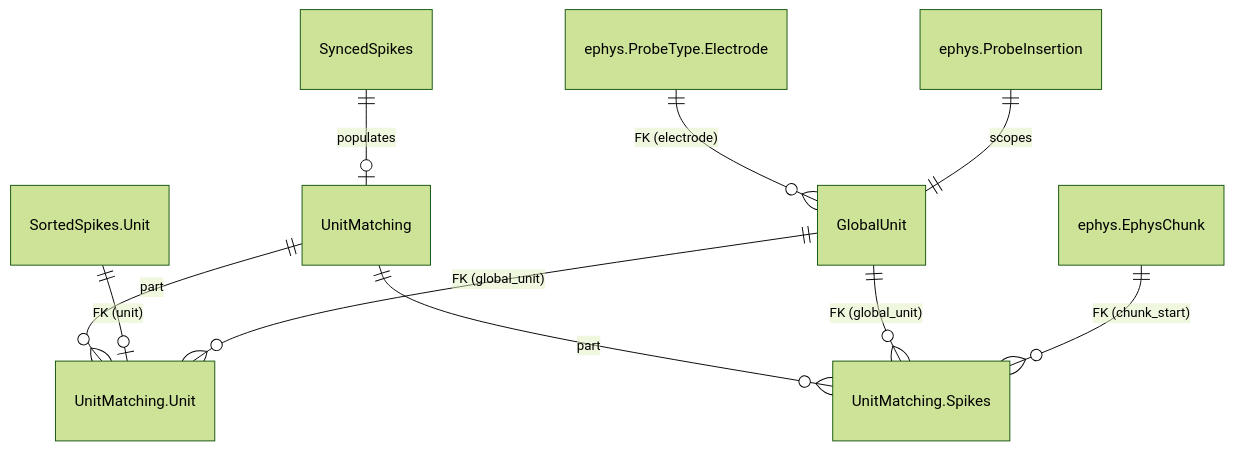
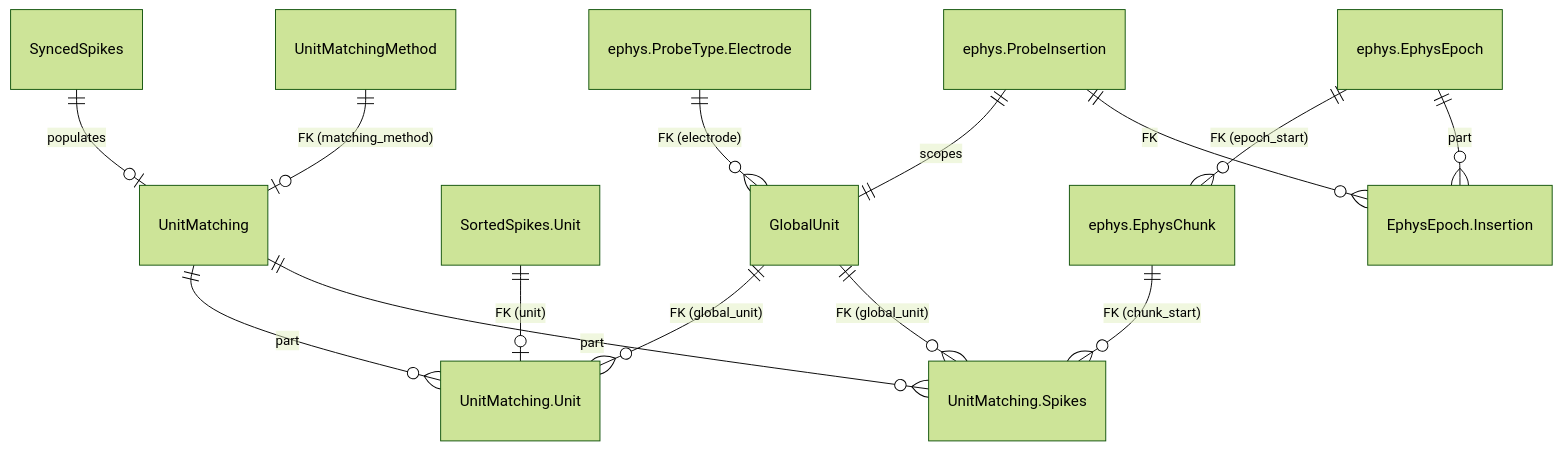
Before and after one commit to SainsburyWellcomeCentre/aeon_mecha: the diagram in aeon/dj_pipeline/docs/specs/SPEC_unit_matching.md, drawn with Mermaid (forest theme). The commit also changed other lines of this file, not shown here.

First line of the commit message:
refactor(spec): restore subject to PK, redesign EphysEpoch and EphysChunk

````diff
--- a/aeon/dj_pipeline/docs/specs/SPEC_unit_matching.md
+++ b/aeon/dj_pipeline/docs/specs/SPEC_unit_matching.md
@@ -121,12 +292,16 @@
 ```mermaid
 erDiagram
     SyncedSpikes ||--o| UnitMatching : "populates"
+    UnitMatchingMethod ||--o| UnitMatching : "FK (matching_method)"
     UnitMatching ||--o{ "UnitMatching.Unit" : "part"
     UnitMatching ||--o{ "UnitMatching.Spikes" : "part"
     "SortedSpikes.Unit" ||--o| "UnitMatching.Unit" : "FK (unit)"
     GlobalUnit ||--o{ "UnitMatching.Unit" : "FK (global_unit)"
     GlobalUnit ||--o{ "UnitMatching.Spikes" : "FK (global_unit)"
     "ephys.EphysChunk" ||--o{ "UnitMatching.Spikes" : "FK (chunk_start)"
     "ephys.ProbeType.Electrode" ||--o{ GlobalUnit : "FK (electrode)"
     "ephys.ProbeInsertion" ||--|| GlobalUnit : "scopes"
+    "ephys.EphysEpoch" ||--o{ "ephys.EphysChunk" : "FK (epoch_start)"
+    "ephys.EphysEpoch" ||--o{ "EphysEpoch.Insertion" : "part"
+    "ephys.ProbeInsertion" ||--o{ "EphysEpoch.Insertion" : "FK"
 ```
````
